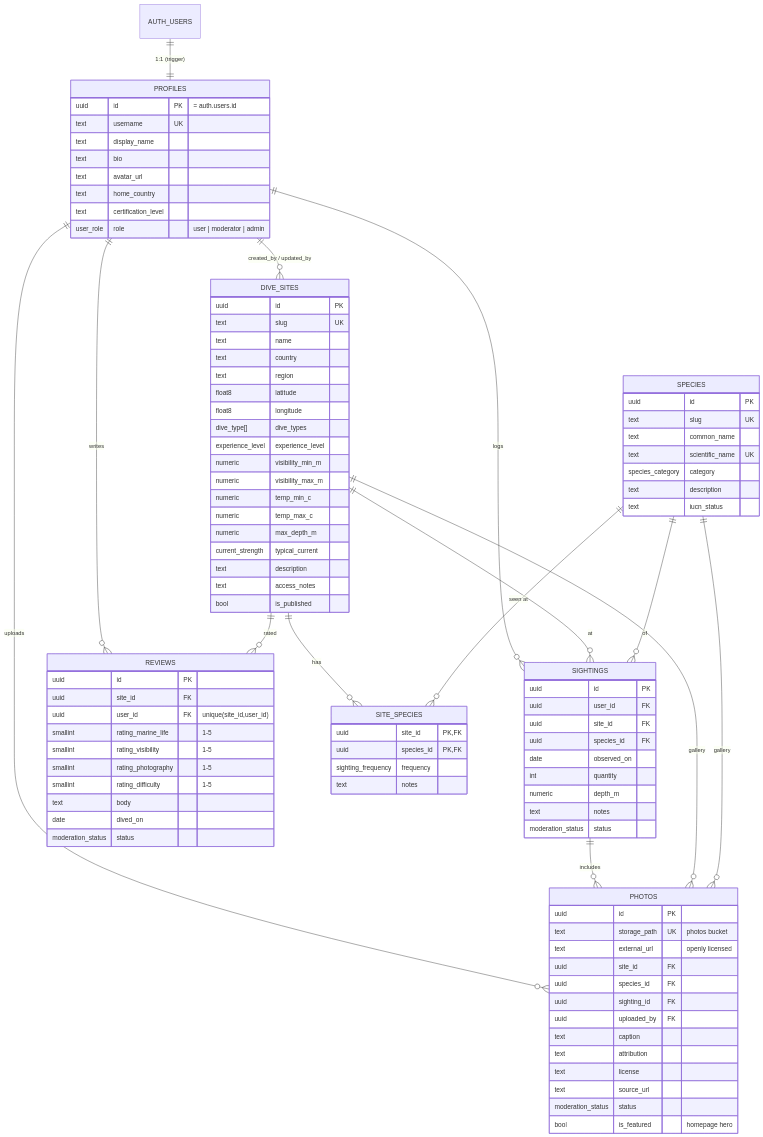
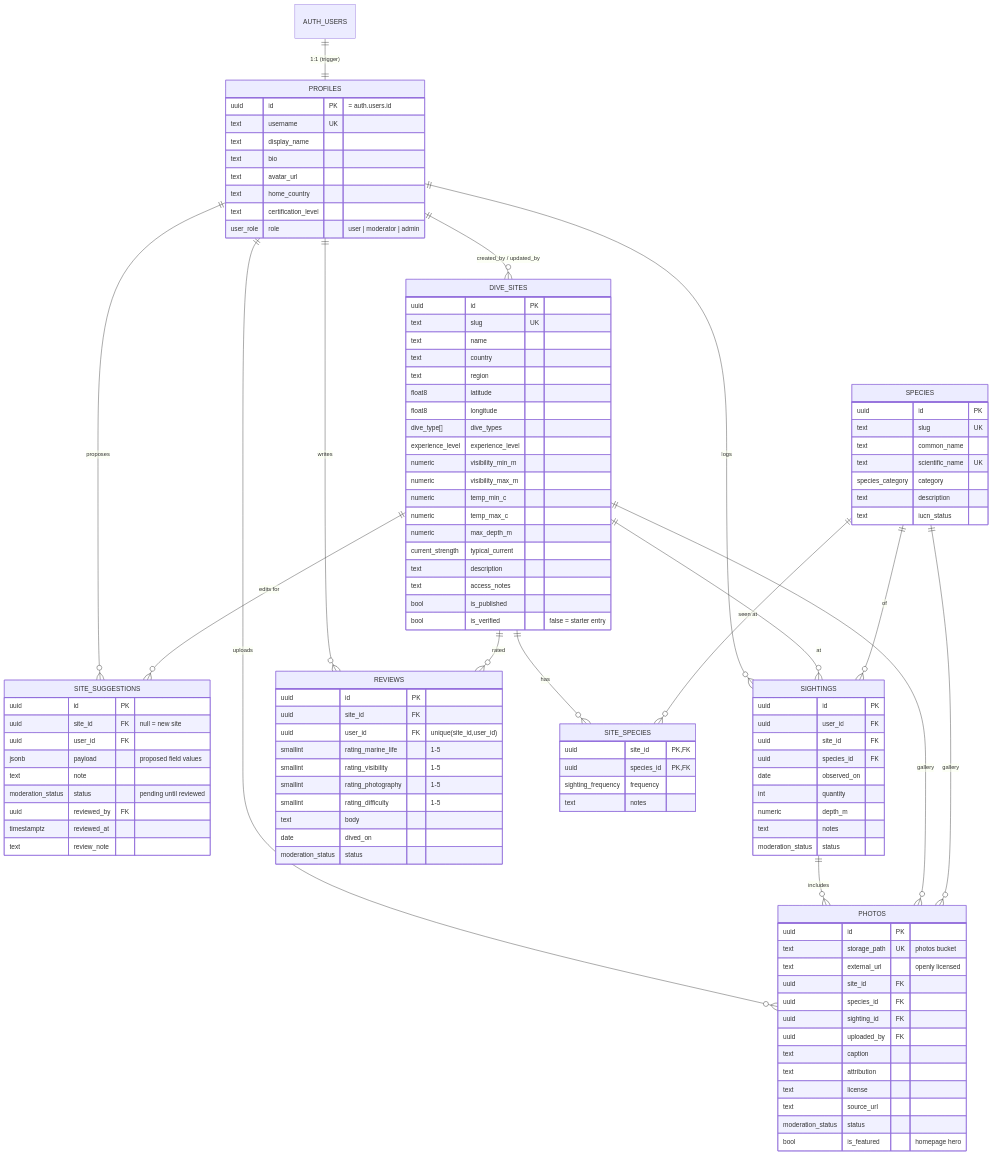
The diagram in docs/DATABASE.md (nohearseeno/OpenDive-Atlas), drawn with Mermaid before and after one commit. The commit also changed other lines of this file and 34 other files, not shown here.

First line of the commit message:
feat: 211 starter dive sites, community site suggestions, map clustering

````diff
--- a/docs/DATABASE.md
+++ b/docs/DATABASE.md
@@ -18,6 +20,8 @@
 ```mermaid
 erDiagram
   AUTH_USERS ||--|| PROFILES : "1:1 (trigger)"
+  PROFILES ||--o{ SITE_SUGGESTIONS : proposes
+  DIVE_SITES ||--o{ SITE_SUGGESTIONS : "edits for"
   PROFILES ||--o{ SIGHTINGS : logs
   PROFILES ||--o{ REVIEWS : writes
   PROFILES ||--o{ PHOTOS : uploads
@@ -60,6 +64,18 @@
     text description
     text access_notes
     bool is_published
+    bool is_verified "false = starter entry"
+  }
+  SITE_SUGGESTIONS {
+    uuid id PK
+    uuid site_id FK "null = new site"
+    uuid user_id FK
+    jsonb payload "proposed field values"
+    text note
+    moderation_status status "pending until reviewed"
+    uuid reviewed_by FK
+    timestamptz reviewed_at
+    text review_note
   }
   SPECIES {
     uuid id PK
````
